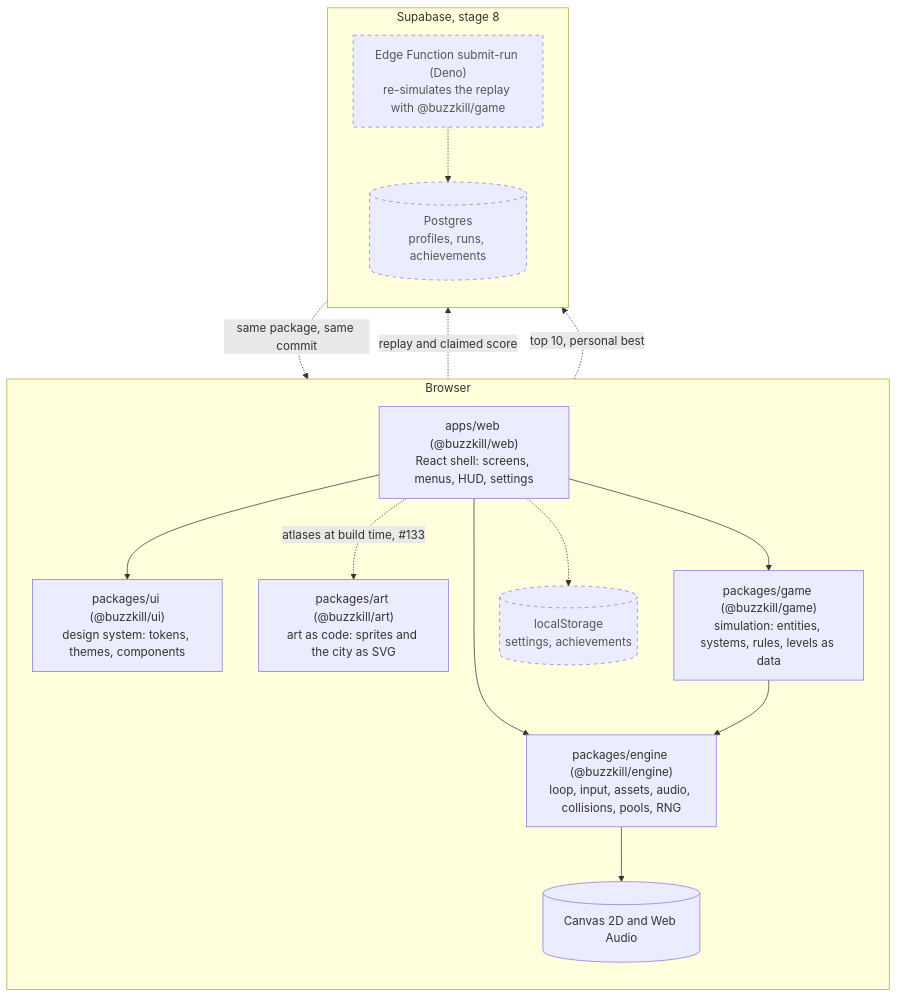
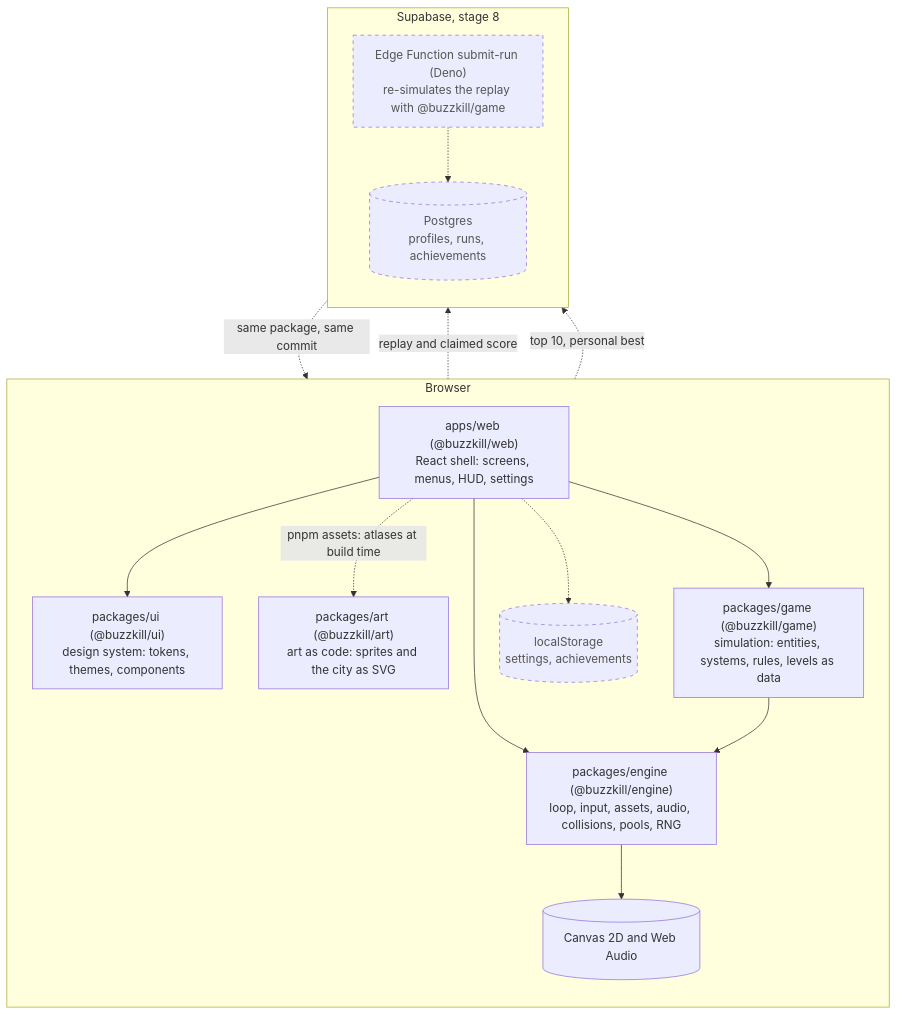
One commit to nazimajumaniyazova/buzzkill changed the second of 6 diagrams in docs/architecture.md. Above: the diagram before and after it, drawn with Mermaid. The commit also changed other lines of this file and 52 other files, not shown here.

First line of the commit message:
feat(web): build the game's atlases and sounds from the art (#145)

````diff
--- a/docs/architecture.md
+++ b/docs/architecture.md
@@ -40,33 +40,33 @@
 ```mermaid
 flowchart TB
   subgraph browser[Browser]
     direction TB
     web["apps/web (@buzzkill/web)<br/>React shell: screens, menus, HUD, settings"]
     ui["packages/ui (@buzzkill/ui)<br/>design system: tokens, themes, components"]
     art["packages/art (@buzzkill/art)<br/>art as code: sprites and the city as SVG"]
     game["packages/game (@buzzkill/game)<br/>simulation: entities, systems, rules, levels as data"]
     engine["packages/engine (@buzzkill/engine)<br/>loop, input, assets, audio, collisions, pools, RNG"]
     canvas[(Canvas 2D and Web Audio)]
     storage[(localStorage<br/>settings, achievements)]:::planned
   end
 
   subgraph supabase[Supabase, stage 8]
     direction TB
     edge["Edge Function submit-run (Deno)<br/>re-simulates the replay with @buzzkill/game"]:::planned
     db[(Postgres<br/>profiles, runs, achievements)]:::planned
   end
 
   web --> ui
-  web -. "atlases at build time, #133" .-> art
+  web -. "pnpm assets: atlases at build time" .-> art
   web --> game
   web --> engine
   game --> engine
   engine --> canvas
   web -.-> storage
   web -. "replay and claimed score" .-> edge
   edge -.-> db
   web -. "top 10, personal best" .-> db
   edge -. "same package, same commit" .-> game
 
   classDef planned stroke-dasharray: 5 5,color:#555
 ```
````
